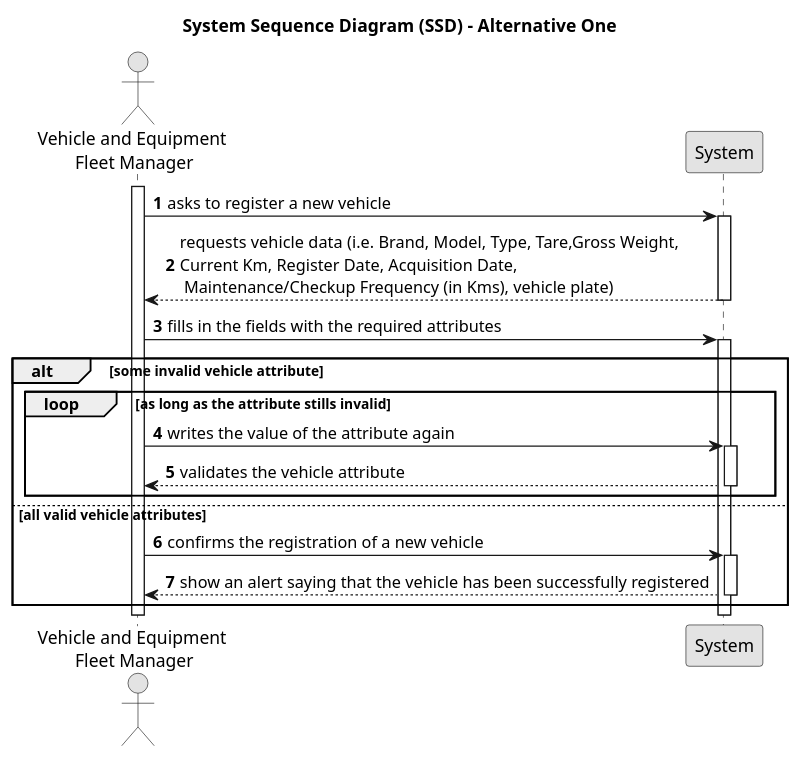
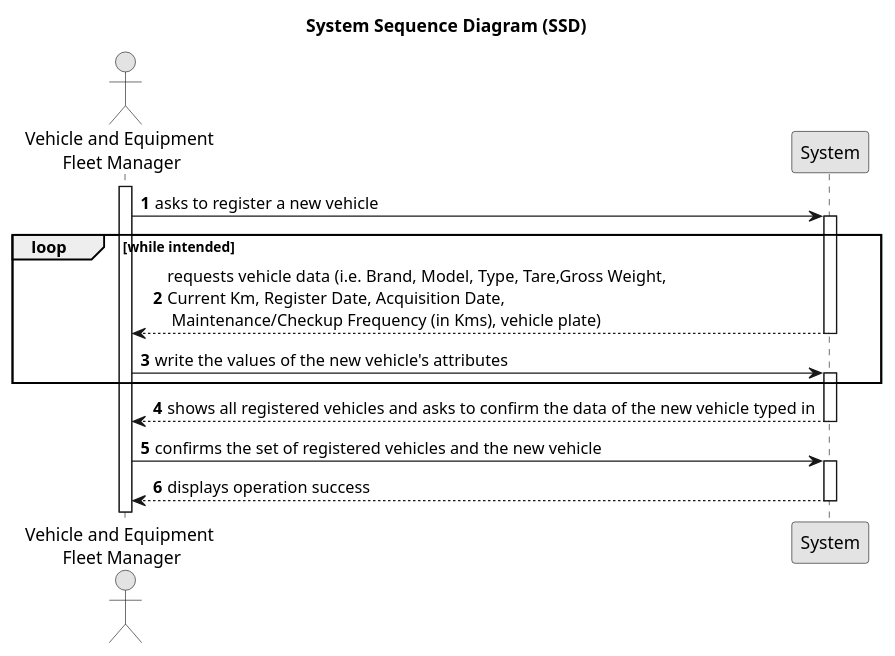
One commit to 1231360-ISEP/lei-24-s2-1db-g021 changed the diagram in docs/sprintA/us006/01.requirements-engineering/puml/us006-system-sequence-diagram-alternative-one.puml. Above: the diagram before and after it, drawn with PlantUML. The commit also changed 5 other files, not shown here.

```diff
--- a/docs/sprintA/us006/01.requirements-engineering/puml/us006-system-sequence-diagram-alternative-one.puml
+++ b/docs/sprintA/us006/01.requirements-engineering/puml/us006-system-sequence-diagram-alternative-one.puml
@@ -1,41 +1,34 @@
 @startuml
 skinparam monochrome true
 skinparam packageStyle rectangle
 skinparam shadowing false
 
-title System Sequence Diagram (SSD) - Alternative One
+title System Sequence Diagram (SSD)
 
 autonumber
 
 actor "Vehicle and Equipment \nFleet Manager" as VFM
 participant "System" as System
 
 activate VFM
 
-
     VFM -> System : asks to register a new vehicle
     activate System
 
-        System --> VFM : requests vehicle data (i.e. Brand, Model, Type, Tare,Gross Weight, \nCurrent Km, Register Date, Acquisition Date,\n Maintenance/Checkup Frequency (in Kms), vehicle plate)
+    loop while intended
+            System --> VFM : requests vehicle data (i.e. Brand, Model, Type, Tare,Gross Weight, \nCurrent Km, Register Date, Acquisition Date,\n Maintenance/Checkup Frequency (in Kms), vehicle plate)
+        deactivate System
+
+        VFM -> System : write the values of the new vehicle's attributes
+        activate System
+    end
+
+        System --> VFM : shows all registered vehicles and asks to confirm the data of the new vehicle typed in
     deactivate System
 
-    VFM -> System : fills in the fields with the required attributes
+    VFM -> System : confirms the set of registered vehicles and the new vehicle
     activate System
 
-    alt some invalid vehicle attribute
-        loop as long as the attribute stills invalid
-               VFM -> System : writes the value of the attribute again
-                    activate System
-
-                        System --> VFM : validates the vehicle attribute
-                    deactivate System
-        end
-    else all valid vehicle attributes
-        VFM -> System : confirms the registration of a new vehicle
-            activate System
-
-        System --> VFM : show an alert saying that the vehicle has been successfully registered
-            deactivate System
-    end
-
+    System --> VFM : displays operation success
+    deactivate System
 @enduml
```
